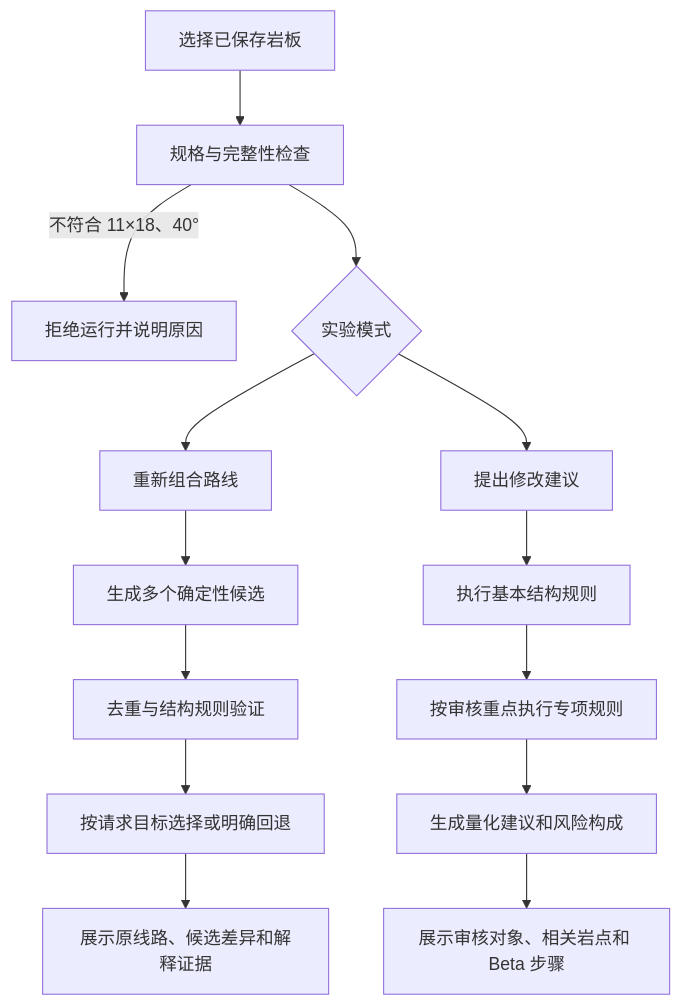
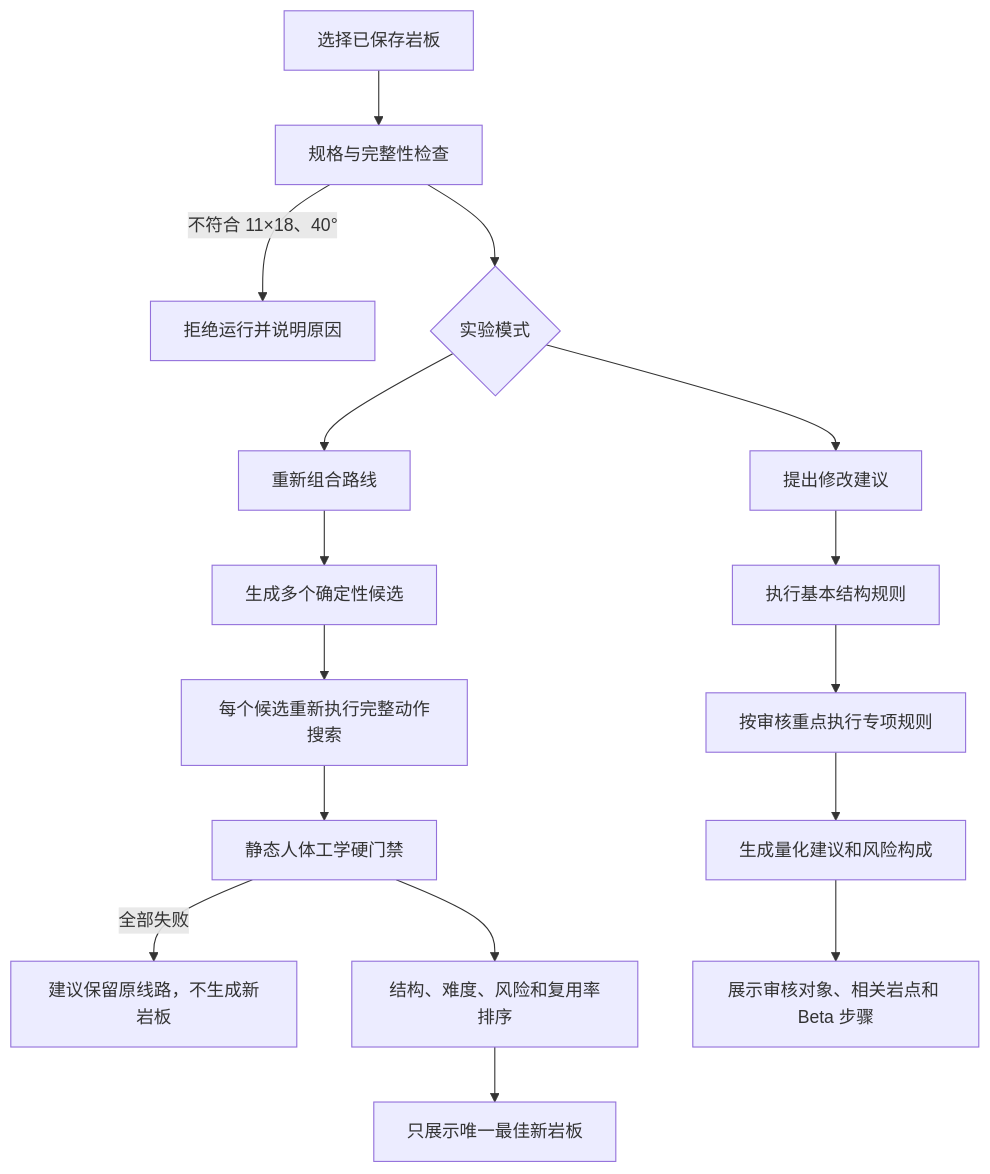
Before and after one commit to Huoxixi/ai_climbing_code_v4: the diagram in docs/AI实验室算法与工作流说明.md, drawn with Mermaid. The commit also changed other lines of this file and 10 other files, not shown here.

````diff
--- a/docs/AI实验室算法与工作流说明.md
+++ b/docs/AI实验室算法与工作流说明.md
@@ -36,16 +36,18 @@
 ```mermaid
 flowchart TD
     A["选择已保存岩板"] --> B["规格与完整性检查"]
     B -->|不符合 11×18、40°| C["拒绝运行并说明原因"]
     B --> D{"实验模式"}
     D --> E["重新组合路线"]
     D --> F["提出修改建议"]
     E --> G["生成多个确定性候选"]
-    G --> H["去重与结构规则验证"]
-    H --> I["按请求目标选择或明确回退"]
-    I --> J["展示原线路、候选差异和解释证据"]
+    G --> H["每个候选重新执行完整动作搜索"]
+    H --> I["静态人体工学硬门禁"]
+    I -->|全部失败| O["建议保留原线路，不生成新岩板"]
+    I --> P["结构、难度、风险和复用率排序"]
+    P --> J["只展示唯一最佳新岩板"]
     F --> K["执行基本结构规则"]
     K --> L["按审核重点执行专项规则"]
     L --> M["生成量化建议和风险构成"]
     M --> N["展示审核对象、相关岩点和 Beta 步骤"]
 ```
````
